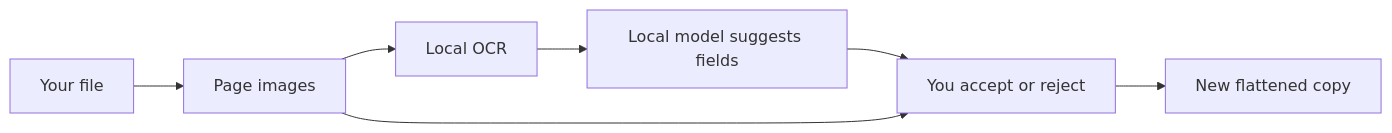
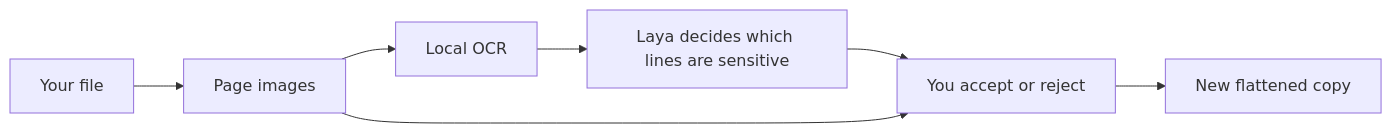
One commit to danielAsaboro/bring-ai-home changed the diagram in docs/redact/overview.mdx. Above: the diagram before and after it, drawn with Mermaid. The commit also changed other lines of this file and 35 other files, not shown here.

````diff
--- a/docs/redact/overview.mdx
+++ b/docs/redact/overview.mdx
@@ -8,9 +8,9 @@
 ```mermaid
 flowchart LR
   A[Your file] --> B[Page images]
   B --> C[Local OCR]
-  C --> D[Local model suggests fields]
+  C --> D[Laya decides which lines are sensitive]
   D --> E[You accept or reject]
   B --> E
   E --> F[New flattened copy]
 ```
````
